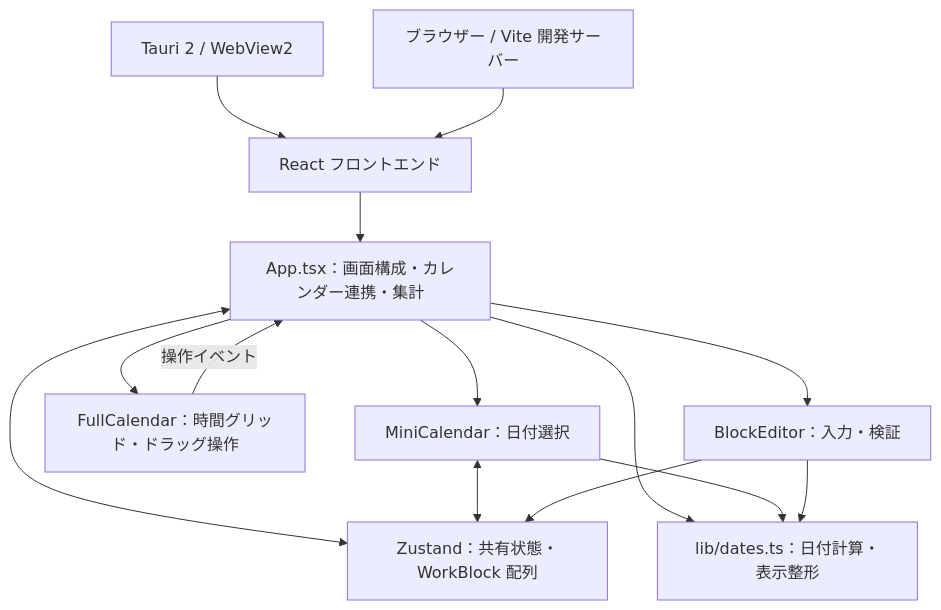
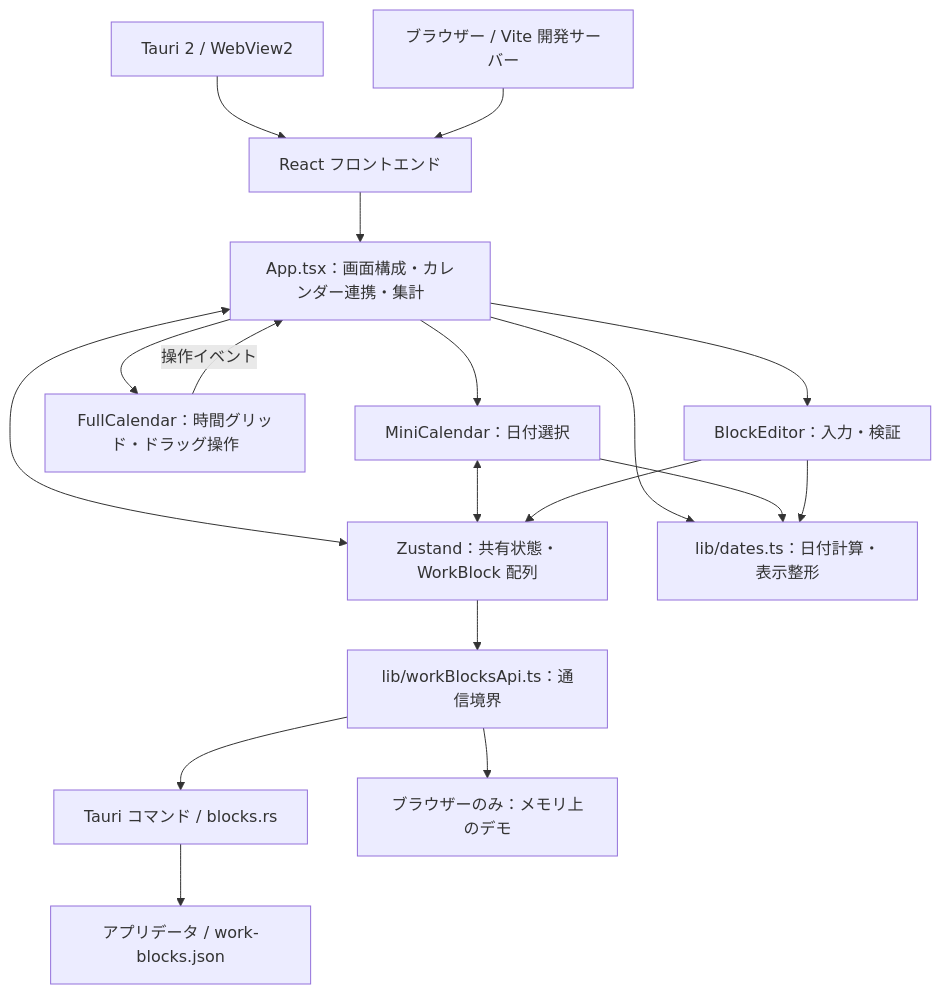
The diagram in ARCHITECTURE.md (DSawada3/devscope), drawn with Mermaid before and after one commit. The commit also changed other lines of this file and 19 other files, not shown here.

First line of the commit message:
feat: 作業ブロック API と JSON 永続化を実装

````diff
--- a/ARCHITECTURE.md
+++ b/ARCHITECTURE.md
@@ -13,16 +14,20 @@
 ```mermaid
 flowchart TD
   Desktop["Tauri 2 / WebView2"] --> UI["React フロントエンド"]
   Browser["ブラウザー / Vite 開発サーバー"] --> UI
   UI --> App["App.tsx：画面構成・カレンダー連携・集計"]
   App --> Mini["MiniCalendar：日付選択"]
   App --> Calendar["FullCalendar：時間グリッド・ドラッグ操作"]
   App --> Editor["BlockEditor：入力・検証"]
   App <--> Store["Zustand：共有状態・WorkBlock 配列"]
   Mini <--> Store
   Editor --> Store
   Calendar -->|操作イベント| App
   App --> Dates["lib/dates.ts：日付計算・表示整形"]
   Mini --> Dates
   Editor --> Dates
+  Store --> API["lib/workBlocksApi.ts：通信境界"]
+  API --> Rust["Tauri コマンド / blocks.rs"]
+  Rust --> File["アプリデータ / work-blocks.json"]
+  API --> Demo["ブラウザーのみ：メモリ上のデモ"]
 ```
````
